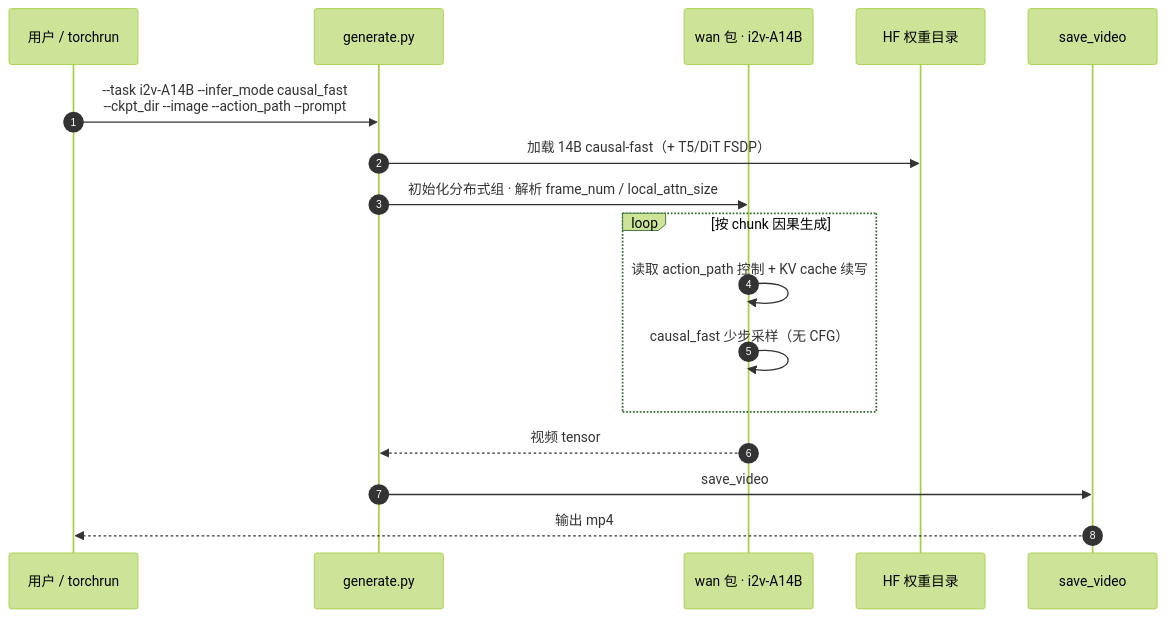
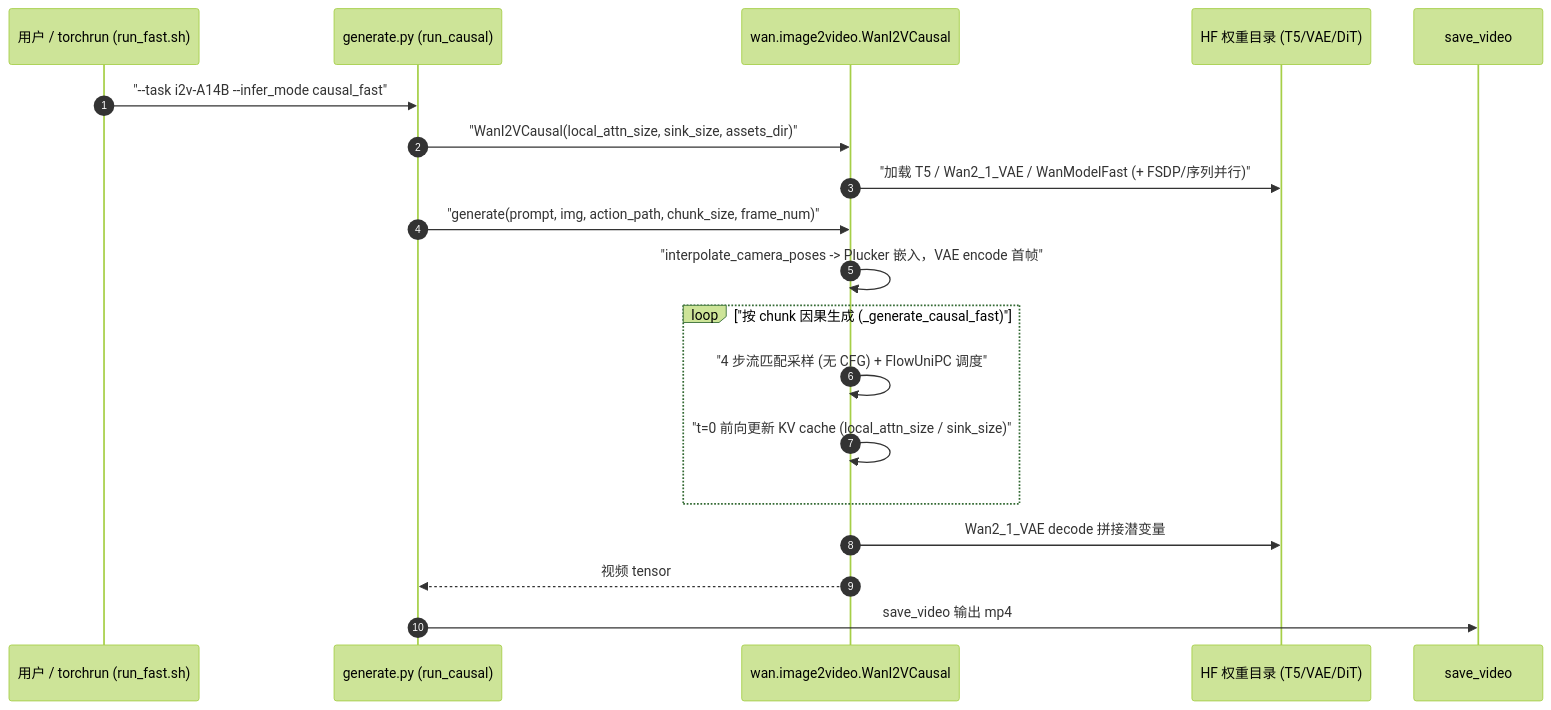
One commit to ImChong/Robotics_Notebooks changed the second of 2 diagrams in wiki/entities/paper-sa-2607-07534-infinite-worlds-with-versatile-interactions-ling.md. Above: the diagram before and after it, drawn with Mermaid (forest theme). The commit also changed other lines of this file and 450 other files, not shown here.

Commit message:
[2026-11-22] ingest | sources/ & wiki/ — 补齐 33 家公司路线 165/167 节点一手原文通读、骨架与 Mermaid 图表至 3/3

````diff
--- a/wiki/entities/paper-sa-2607-07534-infinite-worlds-with-versatile-interactions-ling.md
+++ b/wiki/entities/paper-sa-2607-07534-infinite-worlds-with-versatile-interactions-ling.md
@@ -111,20 +122,21 @@
 ```mermaid
 sequenceDiagram
   autonumber
-  participant U as 用户 / torchrun
-  participant G as generate.py
-  participant WAN as wan 包 · i2v-A14B
-  participant CKPT as HF 权重目录
+  participant U as 用户 / torchrun (run_fast.sh)
+  participant G as generate.py (run_causal)
+  participant WAN as wan.image2video.WanI2VCausal
+  participant CKPT as HF 权重目录 (T5/VAE/DiT)
   participant OUT as save_video
-
-  U->>G: --task i2v-A14B --infer_mode causal_fast<br/>--ckpt_dir --image --action_path --prompt
-  G->>CKPT: 加载 14B causal-fast（+ T5/DiT FSDP）
-  G->>WAN: 初始化分布式组 · 解析 frame_num / local_attn_size
-  loop 按 chunk 因果生成
-    WAN->>WAN: 读取 action_path 控制 + KV cache 续写
-    WAN->>WAN: causal_fast 少步采样（无 CFG）
+  U->>G: "--task i2v-A14B --infer_mode causal_fast"
+  G->>WAN: "WanI2VCausal(local_attn_size, sink_size, assets_dir)"
+  WAN->>CKPT: "加载 T5 / Wan2_1_VAE / WanModelFast (+ FSDP/序列并行)"
+  G->>WAN: "generate(prompt, img, action_path, chunk_size, frame_num)"
+  WAN->>WAN: "interpolate_camera_poses -> Plucker 嵌入，VAE encode 首帧"
+  loop "按 chunk 因果生成 (_generate_causal_fast)"
+    WAN->>WAN: "4 步流匹配采样 (无 CFG) + FlowUniPC 调度"
+    WAN->>WAN: "t=0 前向更新 KV cache (local_attn_size / sink_size)"
   end
+  WAN->>CKPT: Wan2_1_VAE decode 拼接潜变量
   WAN-->>G: 视频 tensor
-  G->>OUT: save_video
-  OUT-->>U: 输出 mp4
+  G->>OUT: save_video 输出 mp4
 ```
````
